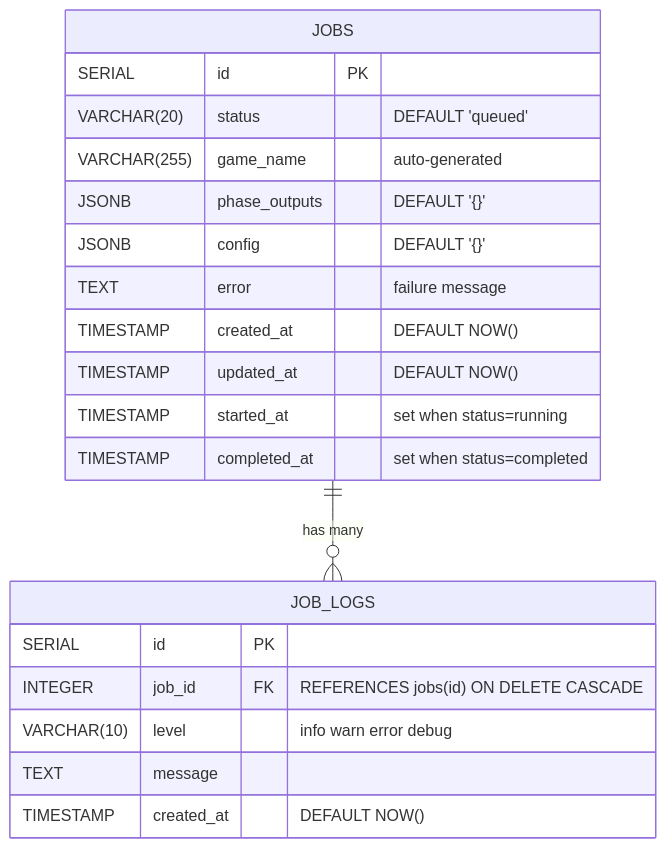
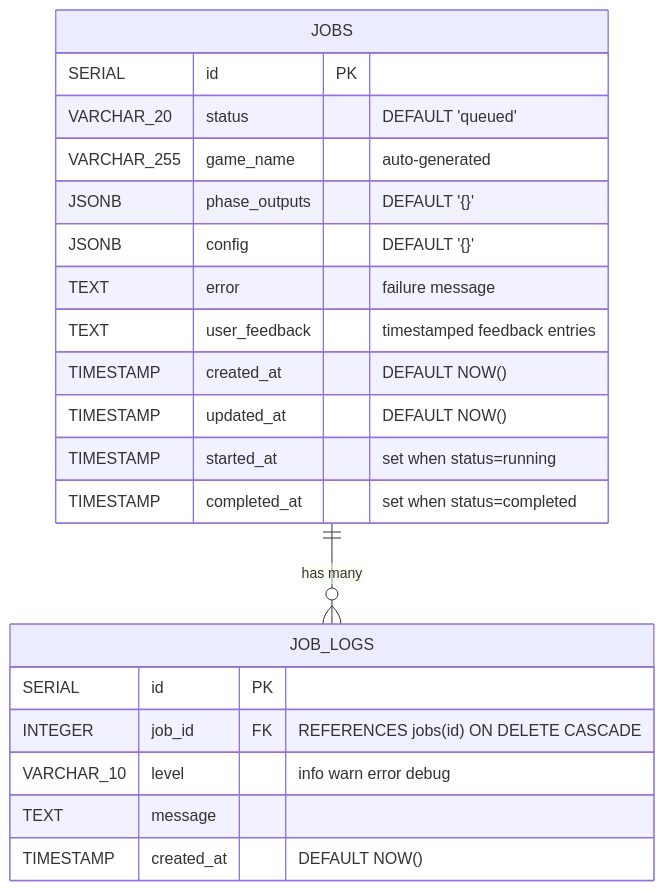
One commit to J-Gierend/gamePocGen changed the first of 4 diagrams in AI/document/04-data-models.md. Above: the diagram before and after it, drawn with Mermaid. The commit also changed other lines of this file and 5 other files, not shown here.

````diff
--- a/AI/document/04-data-models.md
+++ b/AI/document/04-data-models.md
@@ -3,25 +3,26 @@
 ```mermaid
 erDiagram
     JOBS {
         SERIAL id PK
-        VARCHAR(20) status "DEFAULT 'queued'"
-        VARCHAR(255) game_name "auto-generated"
+        VARCHAR_20 status "DEFAULT 'queued'"
+        VARCHAR_255 game_name "auto-generated"
         JSONB phase_outputs "DEFAULT '{}'"
         JSONB config "DEFAULT '{}'"
         TEXT error "failure message"
+        TEXT user_feedback "timestamped feedback entries"
         TIMESTAMP created_at "DEFAULT NOW()"
         TIMESTAMP updated_at "DEFAULT NOW()"
         TIMESTAMP started_at "set when status=running"
         TIMESTAMP completed_at "set when status=completed"
     }
 
     JOB_LOGS {
         SERIAL id PK
         INTEGER job_id FK "REFERENCES jobs(id) ON DELETE CASCADE"
-        VARCHAR(10) level "info warn error debug"
+        VARCHAR_10 level "info warn error debug"
         TEXT message
         TIMESTAMP created_at "DEFAULT NOW()"
     }
 
     JOBS ||--o{ JOB_LOGS : "has many"
 ```
````
